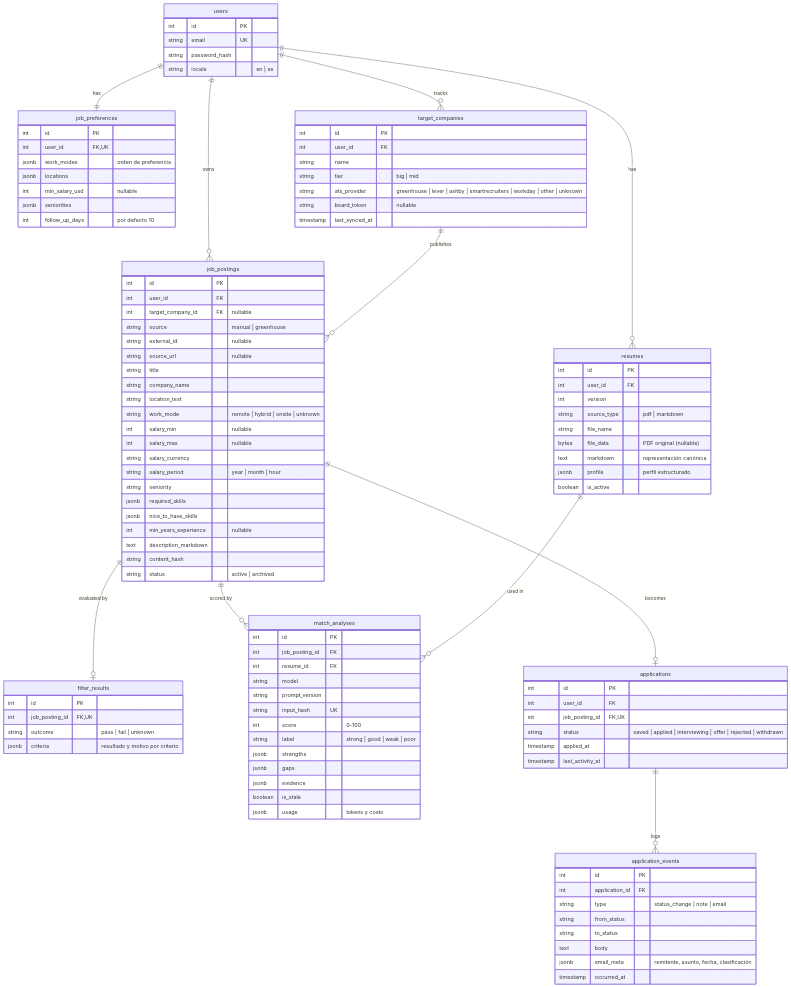
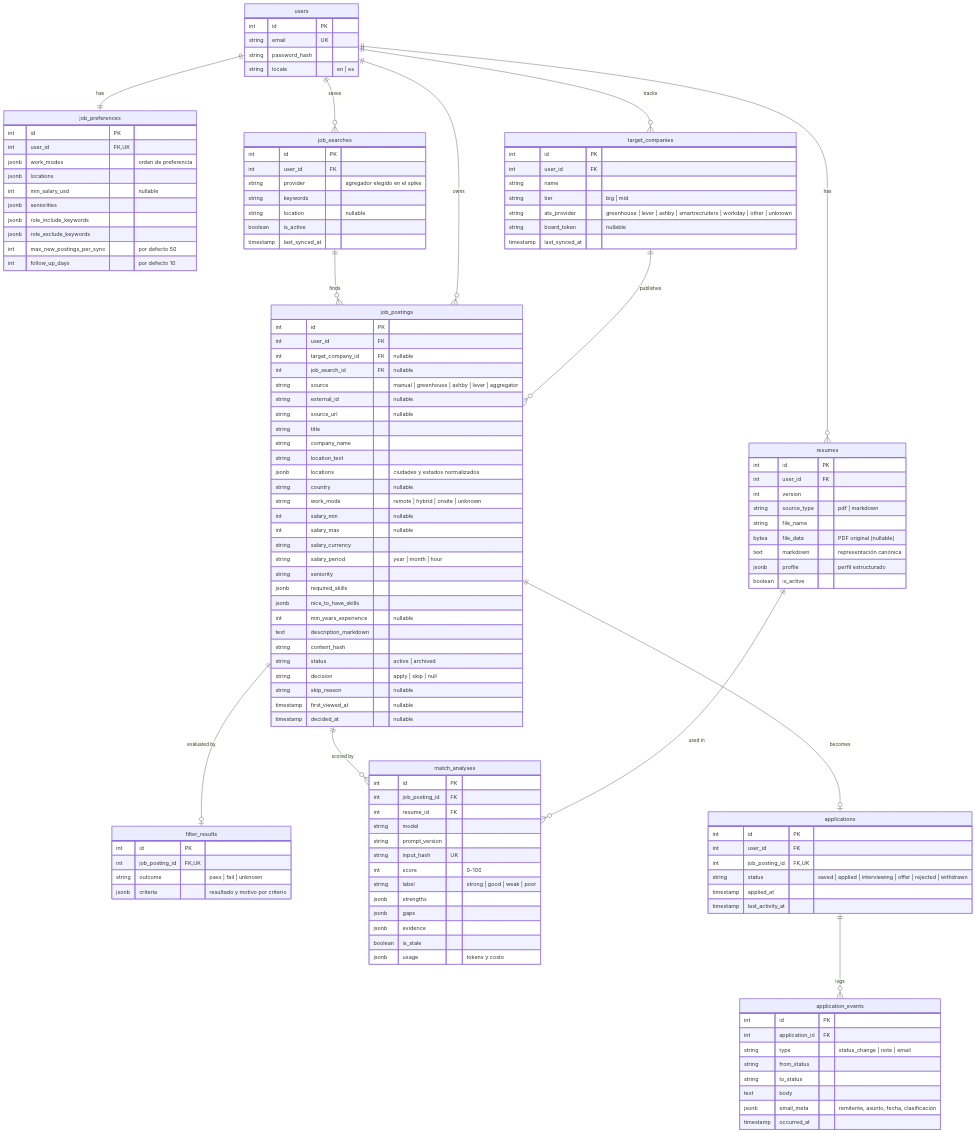
Before and after one commit to LIDR-academy-temp/AI4Devs-finalproject: the fourth of 4 diagrams in docs/architecture.md, drawn with Mermaid. The commit also changed other lines of this file and 7 other files, not shown here.

```diff
--- a/docs/architecture.md
+++ b/docs/architecture.md
@@ -186,6 +188,8 @@
     users ||--o{ resumes : has
     users ||--|| job_preferences : has
     users ||--o{ target_companies : tracks
+    users ||--o{ job_searches : saves
+    job_searches ||--o{ job_postings : finds
     users ||--o{ job_postings : owns
     target_companies ||--o{ job_postings : publishes
     job_postings ||--o| filter_results : "evaluated by"
@@ -218,7 +222,19 @@
         jsonb locations
         int min_salary_usd "nullable"
         jsonb seniorities
+        jsonb role_include_keywords
+        jsonb role_exclude_keywords
+        int max_new_postings_per_sync "por defecto 50"
         int follow_up_days "por defecto 10"
+    }
+    job_searches {
+        int id PK
+        int user_id FK
+        string provider "agregador elegido en el spike"
+        string keywords
+        string location "nullable"
+        boolean is_active
+        timestamp last_synced_at
     }
     target_companies {
         int id PK
@@ -233,12 +249,15 @@
         int id PK
         int user_id FK
         int target_company_id FK "nullable"
-        string source "manual | greenhouse"
+        int job_search_id FK "nullable"
+        string source "manual | greenhouse | ashby | lever | aggregator"
         string external_id "nullable"
         string source_url "nullable"
         string title
         string company_name
         string location_text
+        jsonb locations "ciudades y estados normalizados"
+        string country "nullable"
         string work_mode "remote | hybrid | onsite | unknown"
         int salary_min "nullable"
         int salary_max "nullable"
@@ -251,6 +270,10 @@
         text description_markdown
         string content_hash
         string status "active | archived"
+        string decision "apply | skip | null"
+        string skip_reason "nullable"
+        timestamp first_viewed_at "nullable"
+        timestamp decided_at "nullable"
     }
     filter_results {
         int id PK
```
